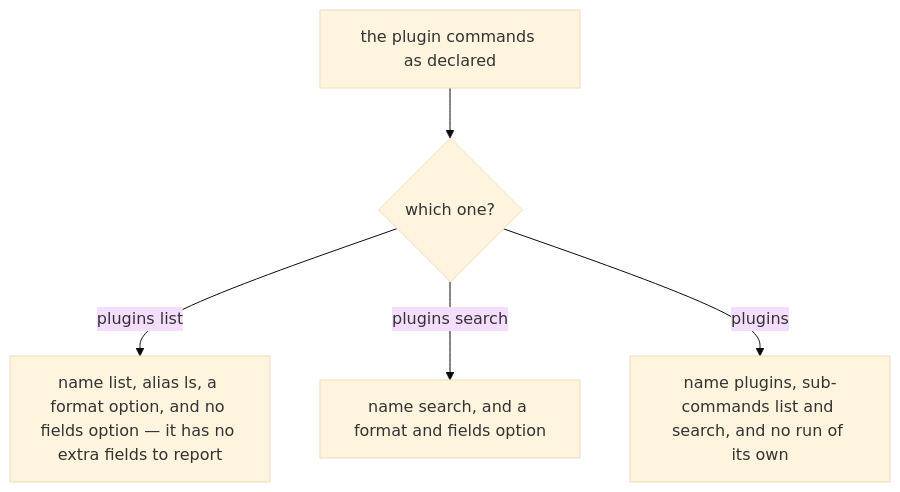
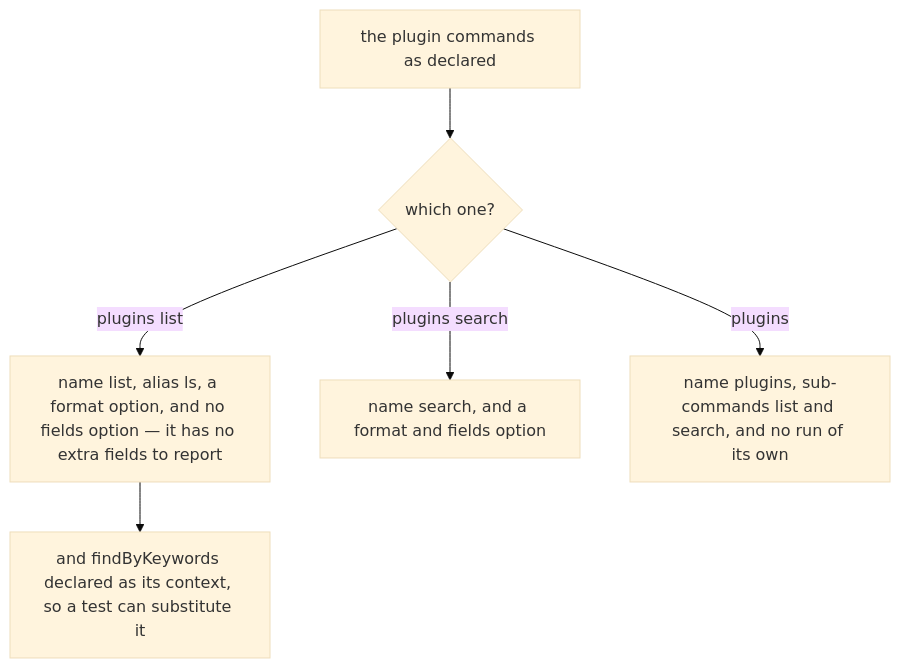
Before and after one commit to clibuilder/clibuilder: the fourth of 4 diagrams in packages/clibuilder/.agents/spec/builtin-commands/README.md, drawn with Mermaid (base theme). The commit also changed other lines of this file and 1 other file, not shown here.

````diff
--- a/packages/clibuilder/.agents/spec/builtin-commands/README.md
+++ b/packages/clibuilder/.agents/spec/builtin-commands/README.md
@@ -214,7 +217,8 @@
 ```mermaid
 graph TD
   DC[the plugin commands as declared] --> WH{which one?}
   WH -- "plugins list" --> DL["name list, alias ls, a format option, and no fields option — it has no extra fields to report"]
+  DL --> DLC[and findByKeywords declared as its context, so a test can substitute it]
   WH -- "plugins search" --> DS["name search, and a format and fields option"]
   WH -- "plugins" --> DG["name plugins, sub-commands list and search, and no run of its own"]
 ```
````
